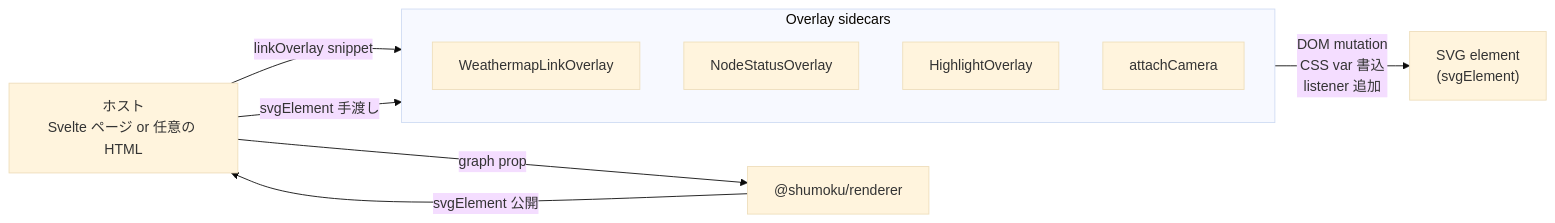
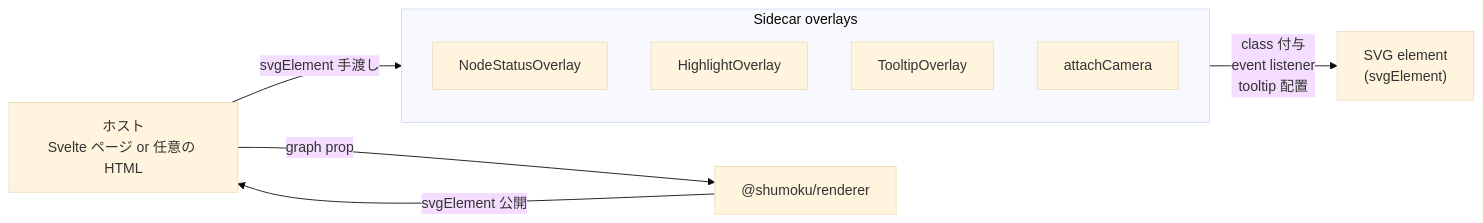
One commit to konoe-akitoshi/shumoku changed the first of 6 diagrams in apps/server/docs/topology-rendering.md. Above: the diagram before and after it, drawn with Mermaid (base theme). The commit also changed other lines of this file, not shown here.

````diff
--- a/apps/server/docs/topology-rendering.md
+++ b/apps/server/docs/topology-rendering.md
@@ -111,20 +132,19 @@
 ```mermaid
 flowchart LR
   HOST["ホスト<br/>Svelte ページ or 任意の HTML"]
   RND["@shumoku/renderer"]
   SVG["SVG element<br/>(svgElement)"]
 
-  subgraph SIDECARS["Overlay sidecars"]
+  subgraph SIDECARS["Sidecar overlays"]
     direction TB
-    WML["WeathermapLinkOverlay"]
     NSO["NodeStatusOverlay"]
     HLO["HighlightOverlay"]
+    TTO["TooltipOverlay"]
     CAM["attachCamera"]
   end
 
   HOST -->|graph prop| RND
-  HOST -->|linkOverlay snippet| WML
   RND -->|svgElement 公開| HOST
   HOST -->|svgElement 手渡し| SIDECARS
-  SIDECARS -->|DOM mutation<br/>CSS var 書込<br/>listener 追加| SVG
+  SIDECARS -->|class 付与<br/>event listener<br/>tooltip 配置| SVG
 ```
````
